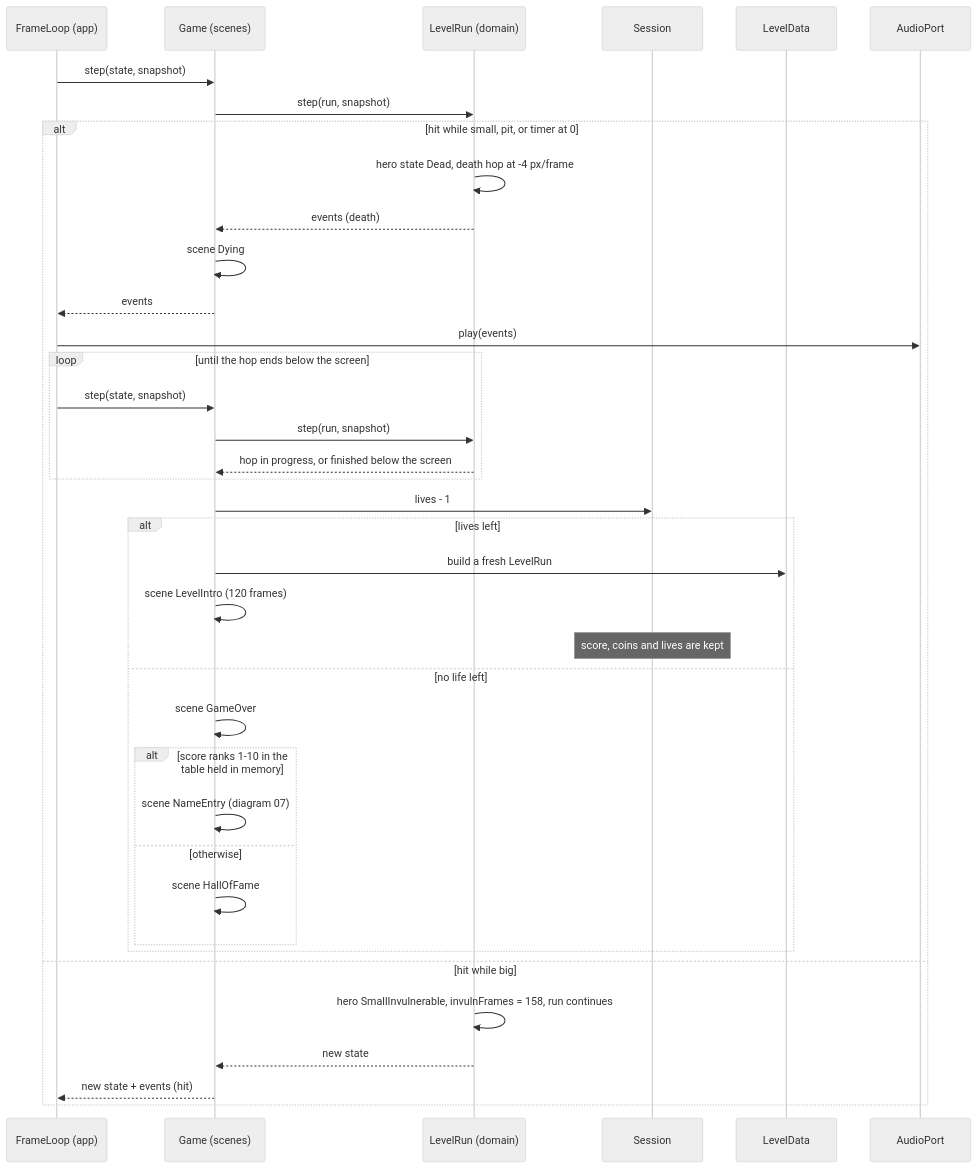
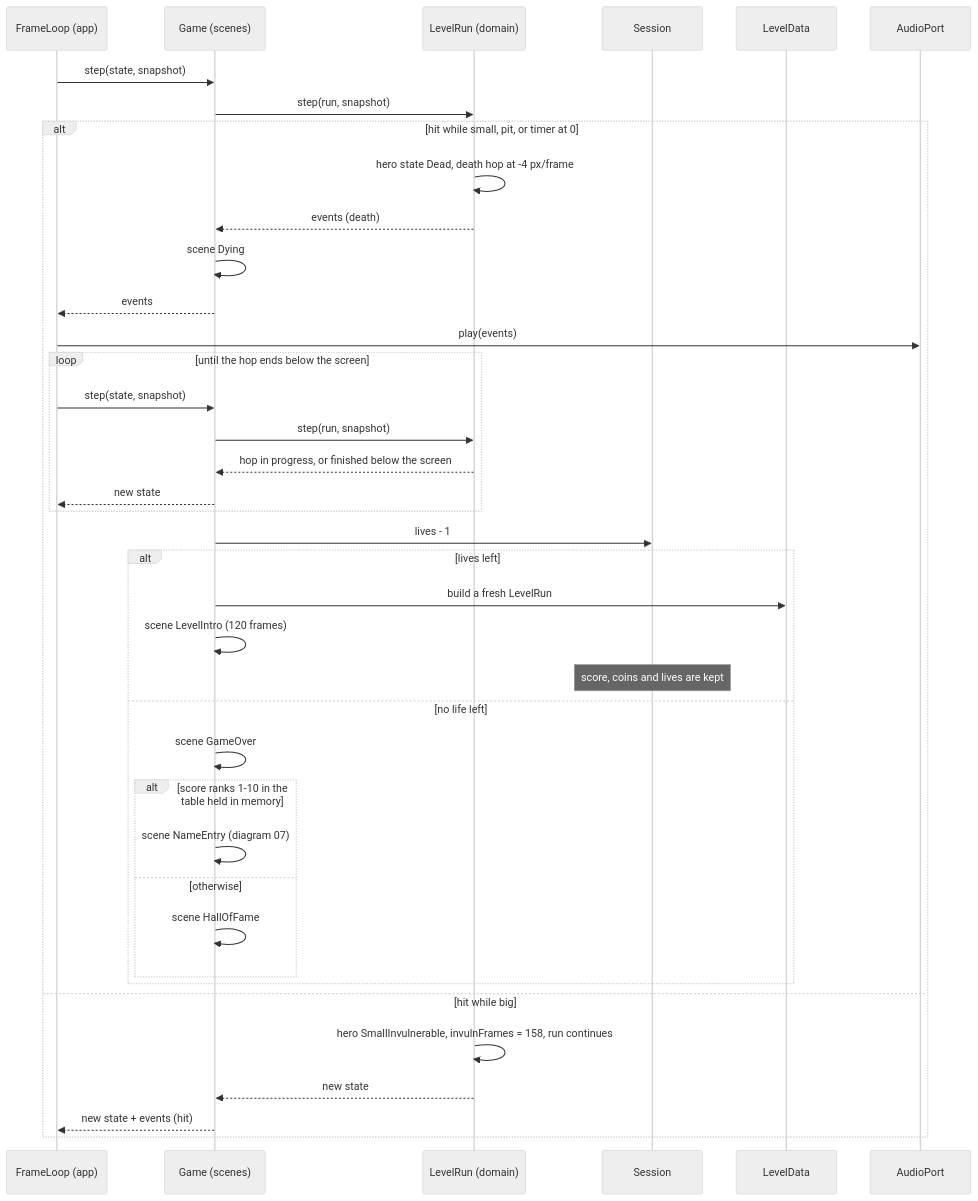
The diagram in docs/architecture/diagrams/gameplay/13-sequence-death-retry.md (benoit-bremaud/retro-plumber), drawn with Mermaid (neutral theme) before and after one commit. The commit also changed 3 other files, not shown here.

Commit message:
docs(uml): address tenth Codex review on sequences 11-14 (#7)

````diff
--- a/docs/architecture/diagrams/gameplay/13-sequence-death-retry.md
+++ b/docs/architecture/diagrams/gameplay/13-sequence-death-retry.md
@@ -13,40 +13,41 @@
 ```mermaid
 sequenceDiagram
     participant FL as FrameLoop (app)
     participant G as Game (scenes)
     participant LR as LevelRun (domain)
     participant Sess as Session
     participant LD as LevelData
     participant Snd as AudioPort
     FL->>G: step(state, snapshot)
     G->>LR: step(run, snapshot)
     alt hit while small, pit, or timer at 0
         LR->>LR: hero state Dead, death hop at -4 px/frame
         LR-->>G: events (death)
         G->>G: scene Dying
         G-->>FL: events
         FL->>Snd: play(events)
         loop until the hop ends below the screen
             FL->>G: step(state, snapshot)
             G->>LR: step(run, snapshot)
             LR-->>G: hop in progress, or finished below the screen
+            G-->>FL: new state
         end
         G->>Sess: lives - 1
         alt lives left
             G->>LD: build a fresh LevelRun
             G->>G: scene LevelIntro (120 frames)
             Note over Sess: score, coins and lives are kept
         else no life left
             G->>G: scene GameOver
             alt score ranks 1-10 in the table held in memory
                 G->>G: scene NameEntry (diagram 07)
             else otherwise
                 G->>G: scene HallOfFame
             end
         end
     else hit while big
         LR->>LR: hero SmallInvulnerable, invulnFrames = 158, run continues
         LR-->>G: new state
         G-->>FL: new state + events (hit)
     end
 ```
````
